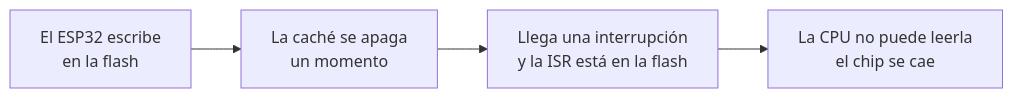
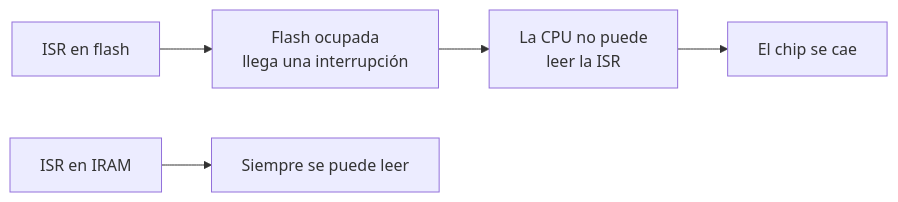
The sixth of 9 diagrams in unidad-1/apuntes/06-interrupciones-externas.md (AlejandroTatum/sistemas-digitales-unl), drawn with Mermaid before and after one commit. The commit also changed other lines of this file and 16 other files, not shown here.

````diff
--- a/unidad-1/apuntes/06-interrupciones-externas.md
+++ b/unidad-1/apuntes/06-interrupciones-externas.md
@@ -177,6 +146,7 @@
 ```mermaid
 flowchart LR
-    A["El ESP32 escribe<br/>en la flash"] --> B["La caché se apaga<br/>un momento"]
-    B --> C["Llega una interrupción<br/>y la ISR está en la flash"]
-    C --> D["La CPU no puede leerla<br/>el chip se cae"]
+    A["ISR en flash"] --> B["Flash ocupada<br/>llega una interrupción"]
+    B --> C["La CPU no puede<br/>leer la ISR"]
+    C --> D["El chip se cae"]
+    E["ISR en IRAM"] --> F["Siempre se puede leer"]
 ```
````
